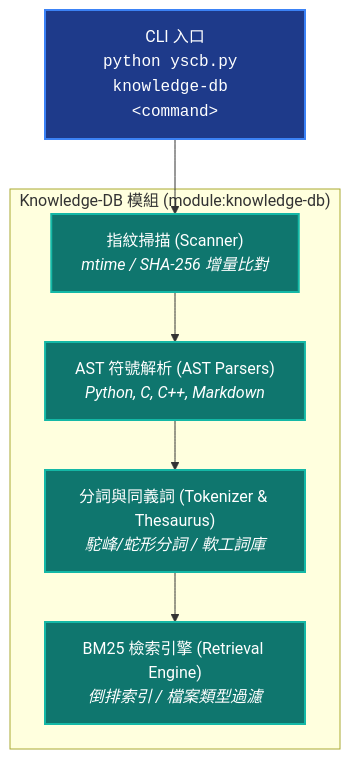
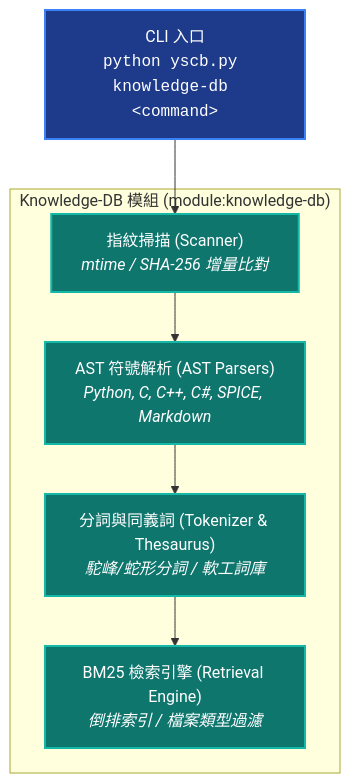
The first of 2 diagrams in ys_codebase/modules/knowledge-db/README.md (ysnaive/ys-codebase), drawn with Mermaid before and after one commit. The commit also changed other lines of this file and 27 other files, not shown here.

````diff
--- a/ys_codebase/modules/knowledge-db/README.md
+++ b/ys_codebase/modules/knowledge-db/README.md
@@ -12,19 +12,19 @@
 ```mermaid
 graph TD
     classDef main fill:#1e3a8a,stroke:#3b82f6,stroke-width:2px,color:#fff;
     classDef sub fill:#0f766e,stroke:#14b8a6,stroke-width:2px,color:#fff;
 
     CLI["CLI 入口<br/><code>python yscb.py knowledge-db &lt;command&gt;</code>"]:::main
 
     subgraph KnowledgeDBModule ["Knowledge-DB 模組 (module:knowledge-db)"]
         Scanner["指紋掃描 (Scanner)<br/><i>mtime / SHA-256 增量比對</i>"]:::sub
-        Parsers["AST 符號解析 (AST Parsers)<br/><i>Python, C, C++, Markdown</i>"]:::sub
+        Parsers["AST 符號解析 (AST Parsers)<br/><i>Python, C, C++, C#, SPICE, Markdown</i>"]:::sub
         Tokenizer["分詞與同義詞 (Tokenizer & Thesaurus)<br/><i>駝峰/蛇形分詞 / 軟工詞庫</i>"]:::sub
         Retrieval["BM25 檢索引擎 (Retrieval Engine)<br/><i>倒排索引 / 檔案類型過濾</i>"]:::sub
     end
 
     CLI --> Scanner
     Scanner --> Parsers
     Parsers --> Tokenizer
     Tokenizer --> Retrieval
 ```
````
